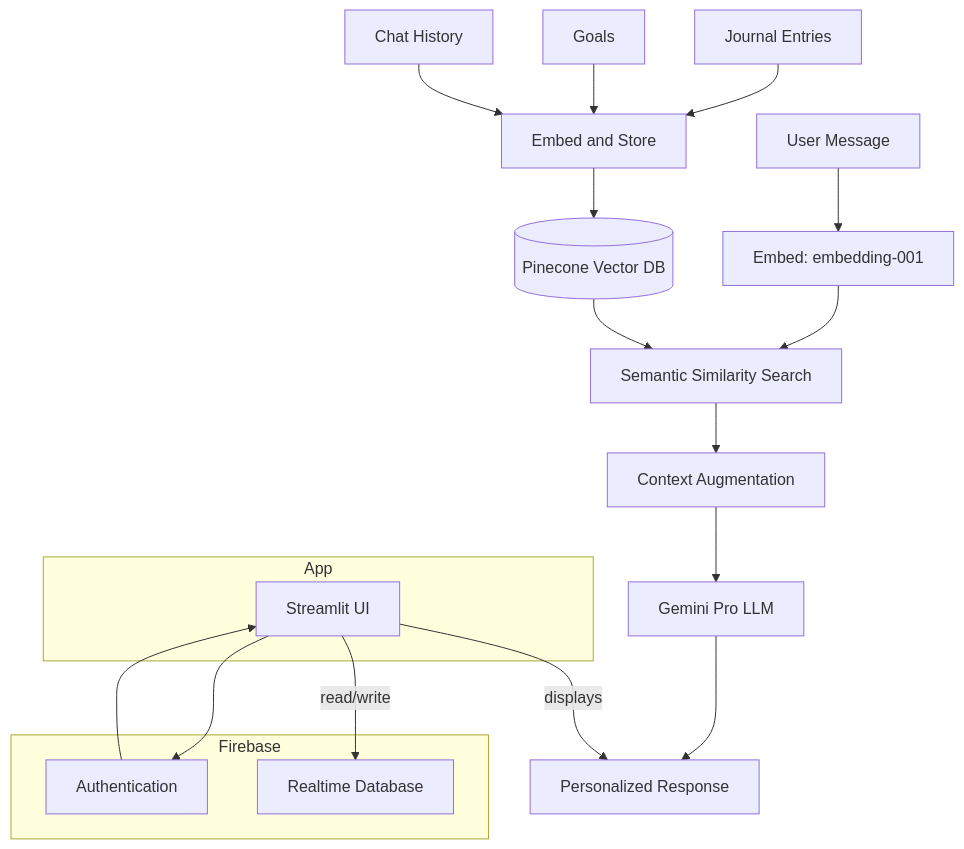
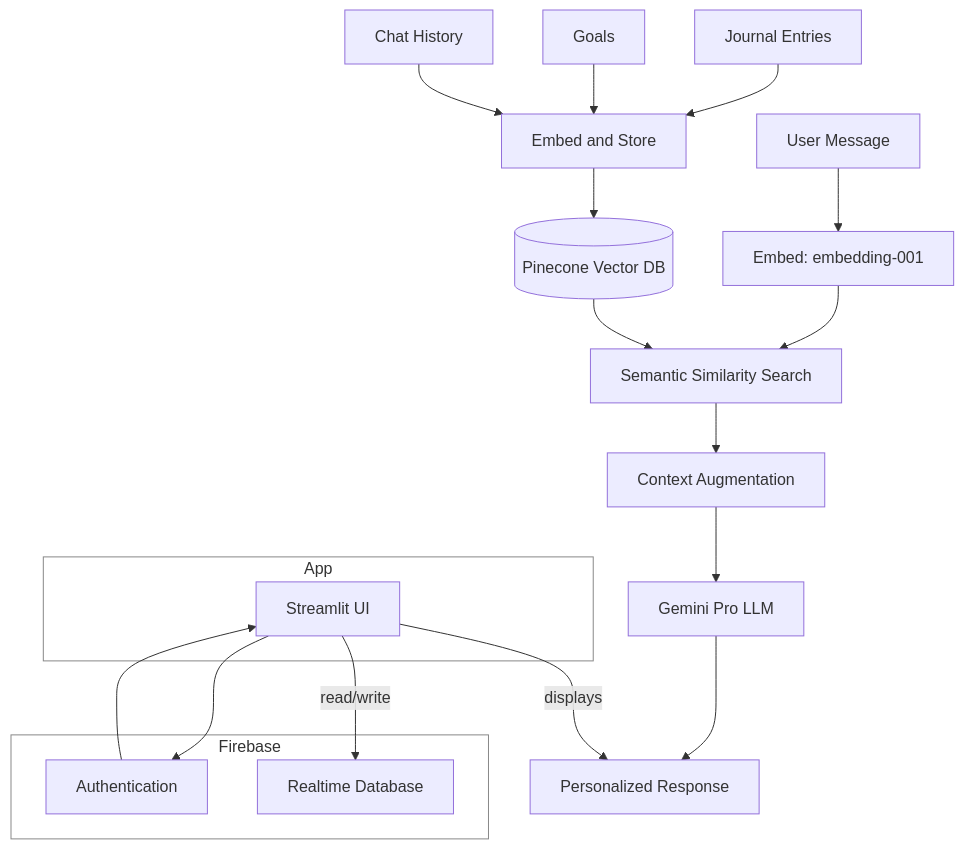
Before and after one commit to dilsahelmaci/MyMindMate: the diagram in README.md, drawn with Mermaid.

Commit message:
Add transparent styles for subgraphs

````diff
--- a/README.md
+++ b/README.md
@@ -49,33 +49,37 @@
 ```mermaid
 graph TD
   %% Inputs
   U[User Message] --> E1[Embed: embedding-001]
   J[Journal Entries] --> E2[Embed and Store]
   G[Goals] --> E2
   H[Chat History] --> E2
 
   %% Vector DB
   E2 --> V[(Pinecone Vector DB)]
   E1 --> SR[Semantic Similarity Search]
   V --> SR
 
   %% Context + LLM
   SR --> CTX[Context Augmentation]
   CTX --> LLM[Gemini Pro LLM]
   LLM --> A[Personalized Response]
 
   %% App & Services
   subgraph App
     UI[Streamlit UI]
   end
   subgraph Firebase
     AUTH[Authentication]
     RTDB[Realtime Database]
   end
 
   %% Data flows with app
   UI --> AUTH
   AUTH --> UI
   UI -- read/write --> RTDB
   UI -- displays --> A
+
+  %% Transparent styles for subgraphs
+  style App fill:none,stroke:#888,stroke-width:1px
+  style Firebase fill:none,stroke:#888,stroke-width:1px
 ```
````
